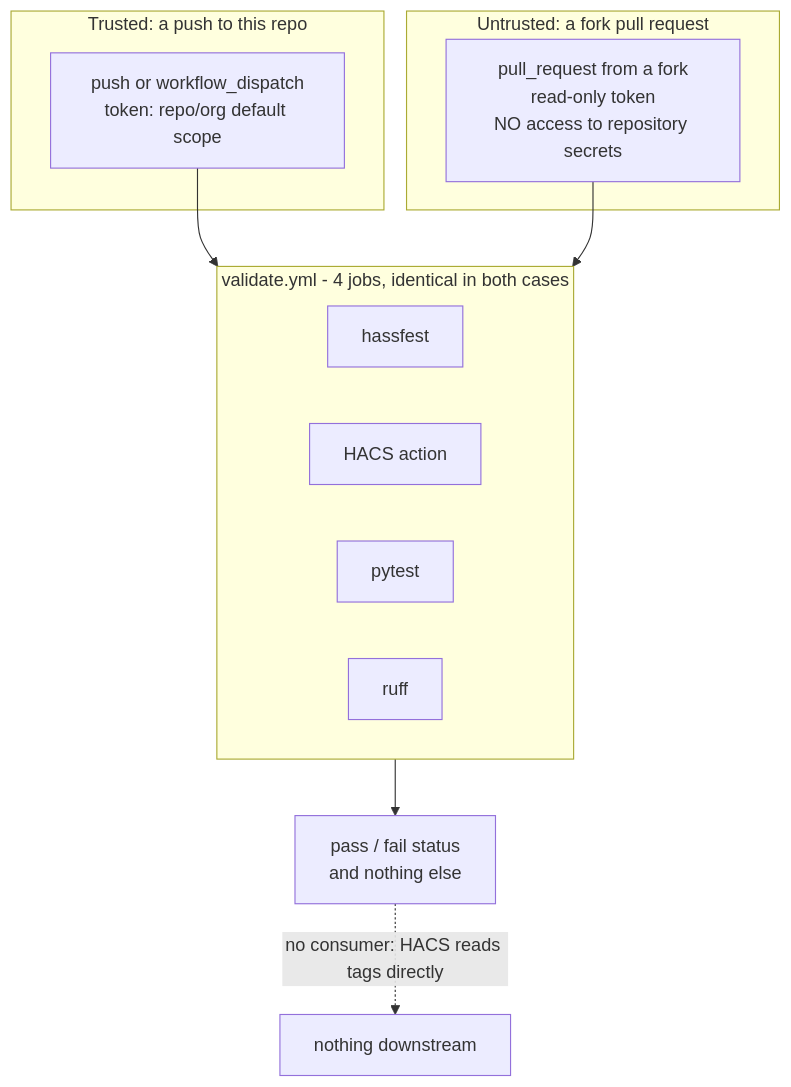
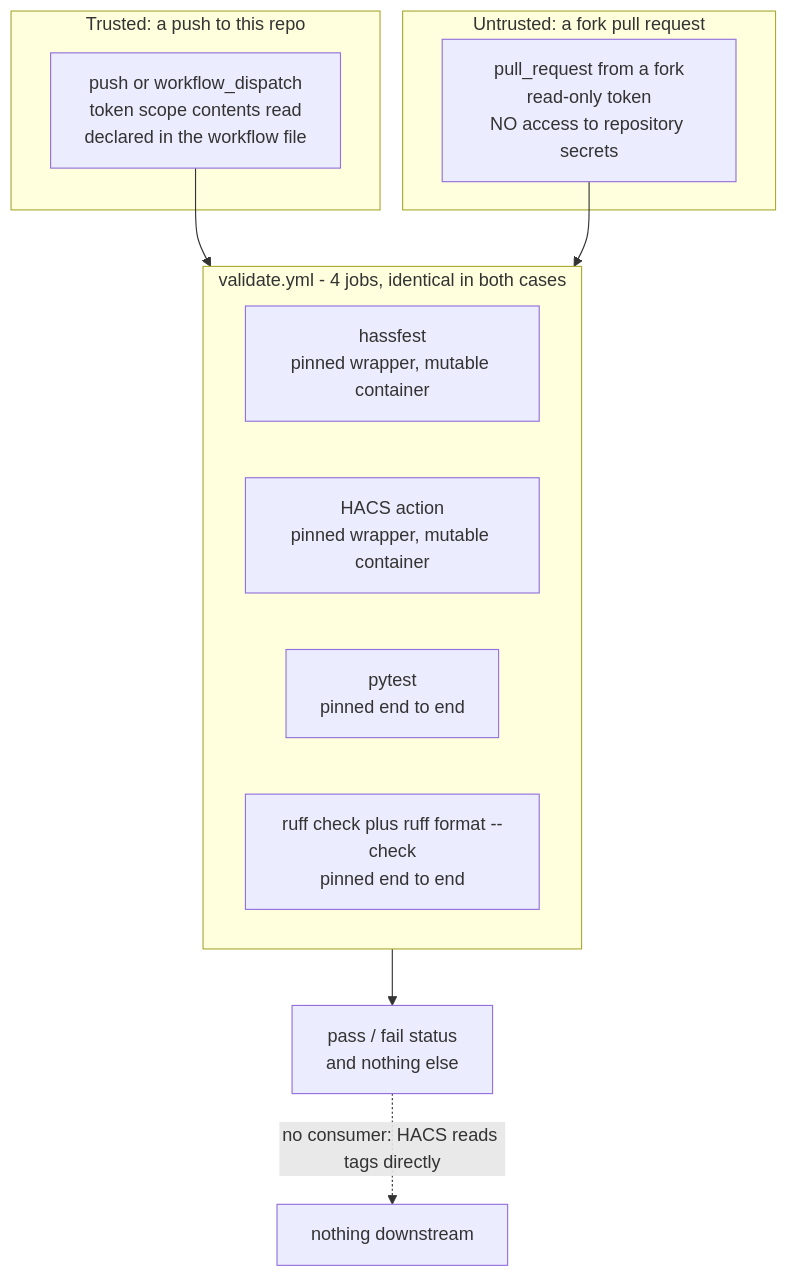
The fifth of 5 diagrams in docs/architecture.md (bartosekpetr/ha-companion-apk-mirror), drawn with Mermaid before and after one commit. The commit also changed other lines of this file, not shown here.

````diff
--- a/docs/architecture.md
+++ b/docs/architecture.md
@@ -400,20 +409,20 @@
 ```mermaid
 graph TB
     subgraph trusted["Trusted: a push to this repo"]
-        PUSH["push or workflow_dispatch<br/>token: repo/org default scope"]
+        PUSH["push or workflow_dispatch<br/>token scope contents read<br/>declared in the workflow file"]
     end
     subgraph untrusted["Untrusted: a fork pull request"]
         FORK["pull_request from a fork<br/>read-only token<br/>NO access to repository secrets"]
     end
     subgraph jobs["validate.yml - 4 jobs, identical in both cases"]
-        H["hassfest"]
-        HC["HACS action"]
-        T["pytest"]
-        R["ruff"]
+        H["hassfest<br/>pinned wrapper, mutable container"]
+        HC["HACS action<br/>pinned wrapper, mutable container"]
+        T["pytest<br/>pinned end to end"]
+        R["ruff check plus ruff format --check<br/>pinned end to end"]
     end
     OUT["pass / fail status<br/>and nothing else"]
     PUSH --> jobs
     FORK --> jobs
     jobs --> OUT
     OUT -.->|"no consumer: HACS reads tags directly"| NONE["nothing downstream"]
 ```
````
